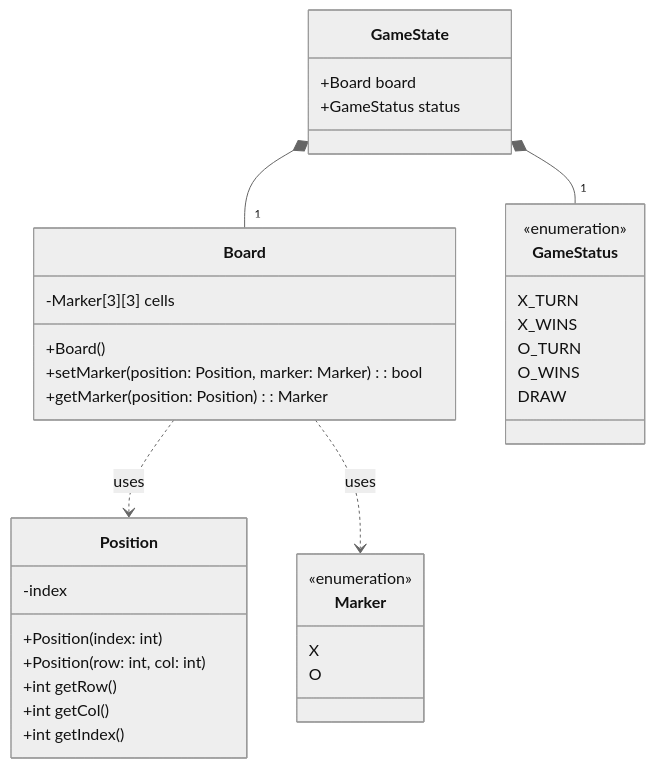
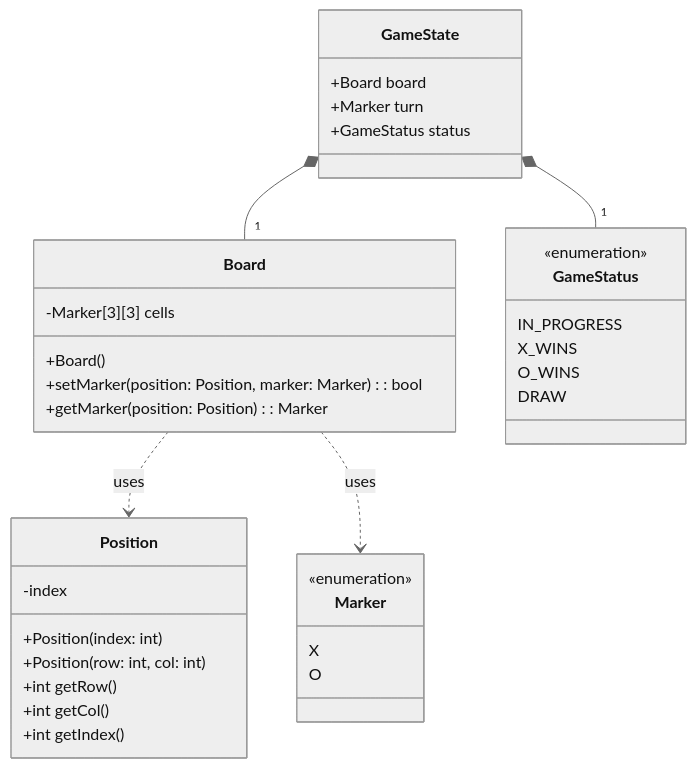
One commit to jashar86/tic-tac-toe changed the second of 5 diagrams in docs/REFERENCE_ARCHITECTURE.md. Above: the diagram before and after it, drawn with Mermaid (neutral theme). The commit also changed other lines of this file, not shown here.

````diff
--- a/docs/REFERENCE_ARCHITECTURE.md
+++ b/docs/REFERENCE_ARCHITECTURE.md
@@ -32,49 +33,49 @@
 ```mermaid
 classDiagram
 
     
 
     class GameState {
         +Board board
+        +Marker turn
         +GameStatus status
     }
 
     class Board {
         -Marker[3][3] cells
         +Board()
         +setMarker(position: Position, marker: Marker): bool
         +getMarker(position: Position): Marker
     }
 
     class Position {
         -index
         +Position(index: int)
         +Position(row: int, col: int)
         +int getRow()
         +int getCol()
         +int getIndex()
     }
 
     class Marker {
         <<enumeration>>
         X
         O
     }
 
     class GameStatus {
         <<enumeration>>
-        X_TURN
+        IN_PROGRESS
         X_WINS
-        O_TURN
         O_WINS
         DRAW
     }
 
     
 
     GameState *-- "1" Board
     GameState *-- "1" GameStatus
 
     Board ..> Position : uses
     Board ..> Marker : uses
 ```
````
